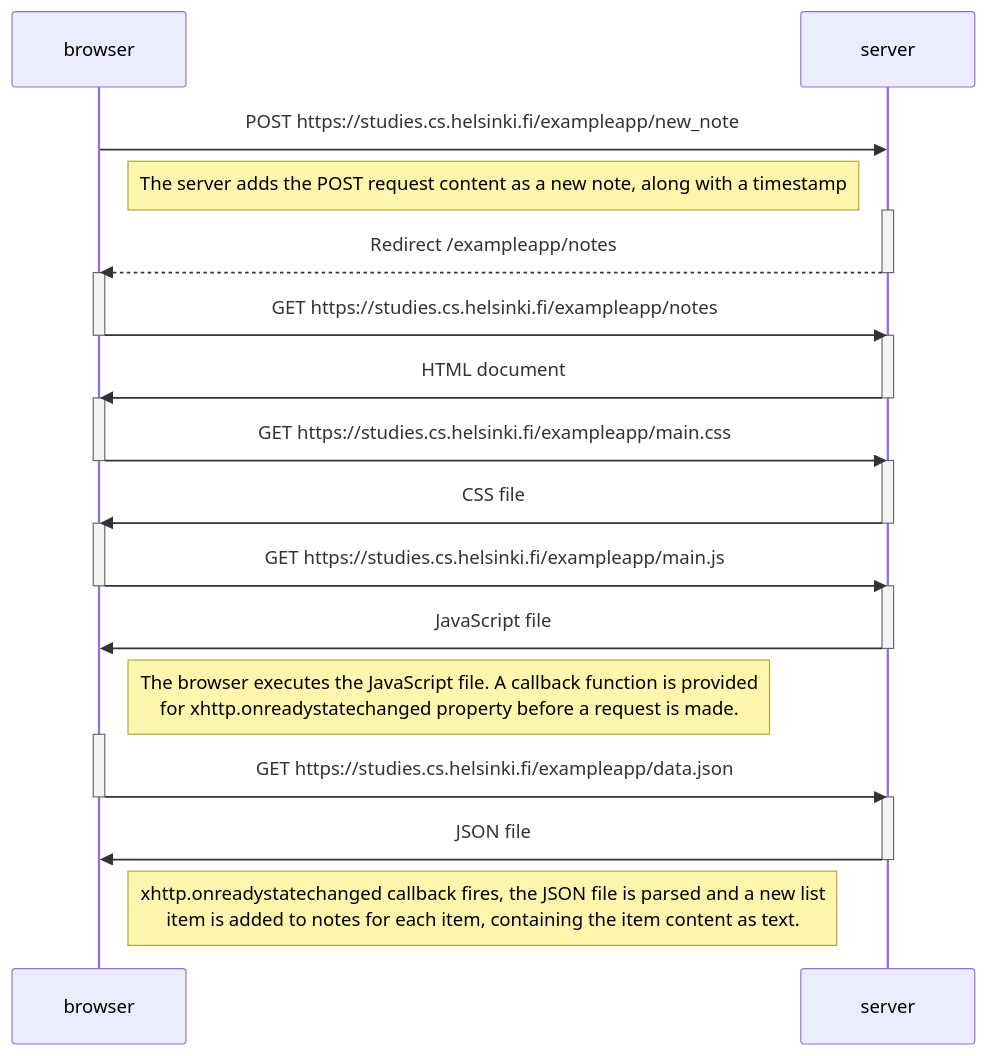
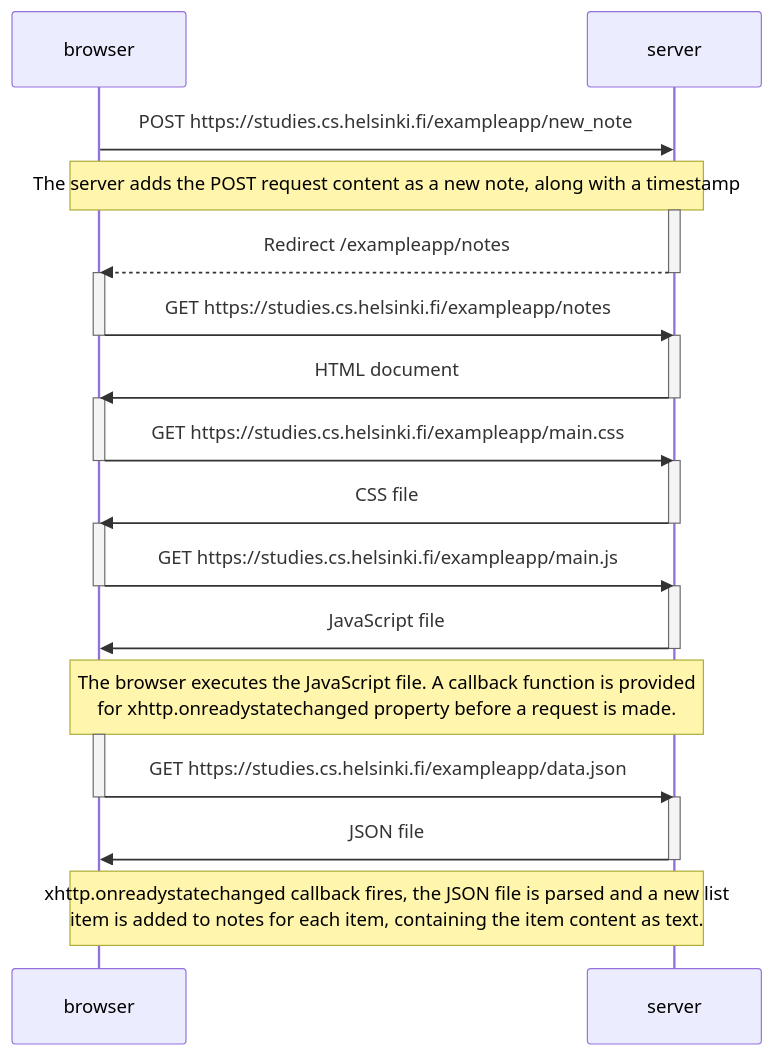
One commit to Willowfang/FullStackOpen changed the first of 2 diagrams in osa0/README.md. Above: the diagram before and after it, drawn with Mermaid.

````diff
--- a/osa0/README.md
+++ b/osa0/README.md
@@ -3,48 +3,48 @@
 ```mermaid
 sequenceDiagram
     participant browser
     participant server
 
     browser->>server: POST https://studies.cs.helsinki.fi/exampleapp/new_note
-    Note right of browser: The server adds the POST request content as a new note, along with a timestamp
+    Note over browser,server: The server adds the POST request content as a new note, along with a timestamp
 
     activate server
     server-->>browser: Redirect /exampleapp/notes
     deactivate server
 
     activate browser
     browser->>server: GET https://studies.cs.helsinki.fi/exampleapp/notes
     deactivate browser
 
     activate server
     server->>browser: HTML document
     deactivate server
 
     activate browser
     browser->>server: GET https://studies.cs.helsinki.fi/exampleapp/main.css
     deactivate browser
 
     activate server
     server->>browser: CSS file
     deactivate server
 
     activate browser
     browser->>server: GET https://studies.cs.helsinki.fi/exampleapp/main.js
     deactivate browser
 
     activate server
     server->>browser: JavaScript file
     deactivate server
 
-    Note right of browser: The browser executes the JavaScript file. A callback function is provided<br/>for xhttp.onreadystatechanged property before a request is made.
+    Note over browser,server: The browser executes the JavaScript file. A callback function is provided<br/>for xhttp.onreadystatechanged property before a request is made.
 
     activate browser
     browser->>server: GET https://studies.cs.helsinki.fi/exampleapp/data.json
     deactivate browser
 
     activate server
     server->>browser: JSON file
     deactivate server
 
-    Note right of browser: xhttp.onreadystatechanged callback fires, the JSON file is parsed and a new list<br/>item is added to notes for each item, containing the item content as text.
+    Note over browser,server: xhttp.onreadystatechanged callback fires, the JSON file is parsed and a new list<br/>item is added to notes for each item, containing the item content as text.
 ```
````
